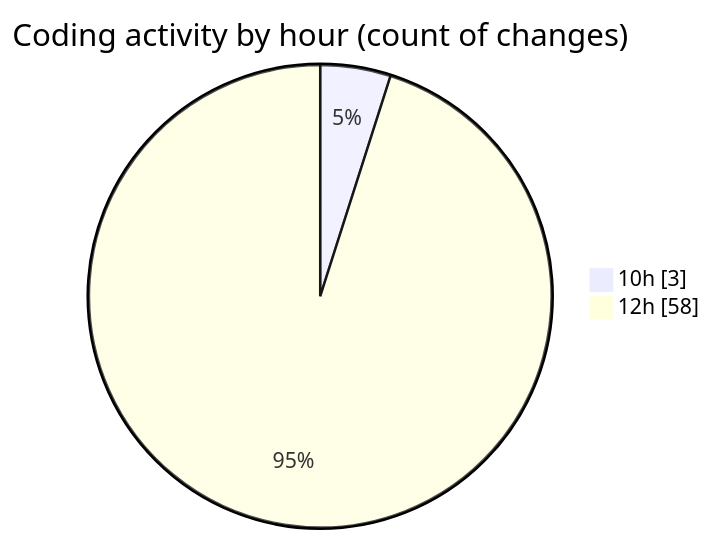
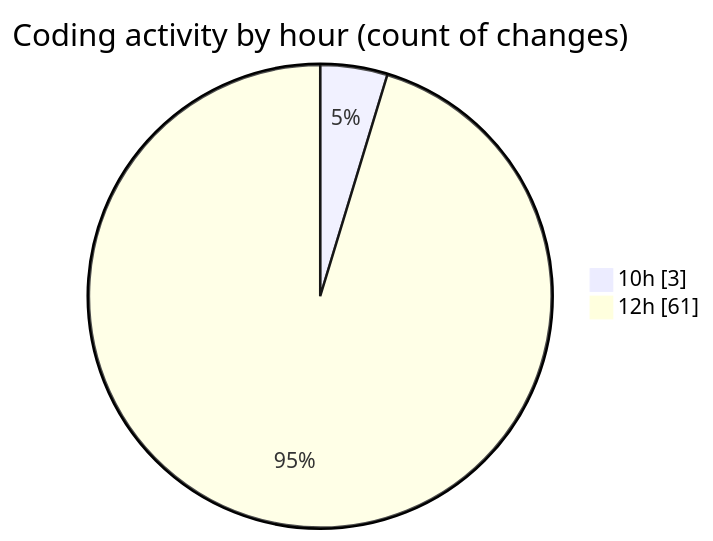
Before and after one commit to nxtqubesakshisongat/code-tracking: the second of 2 diagrams in 2025-05-27/nxtqube_webapp/README.md, drawn with Mermaid. The commit also changed other lines of this file and 1 other file, not shown here.

````diff
--- a/2025-05-27/nxtqube_webapp/README.md
+++ b/2025-05-27/nxtqube_webapp/README.md
@@ -29,6 +30,6 @@
 ```mermaid
 pie showData
 title Coding activity by hour (count of changes)
 "10h" : 3
-"12h" : 58
+"12h" : 61
 ```
````
